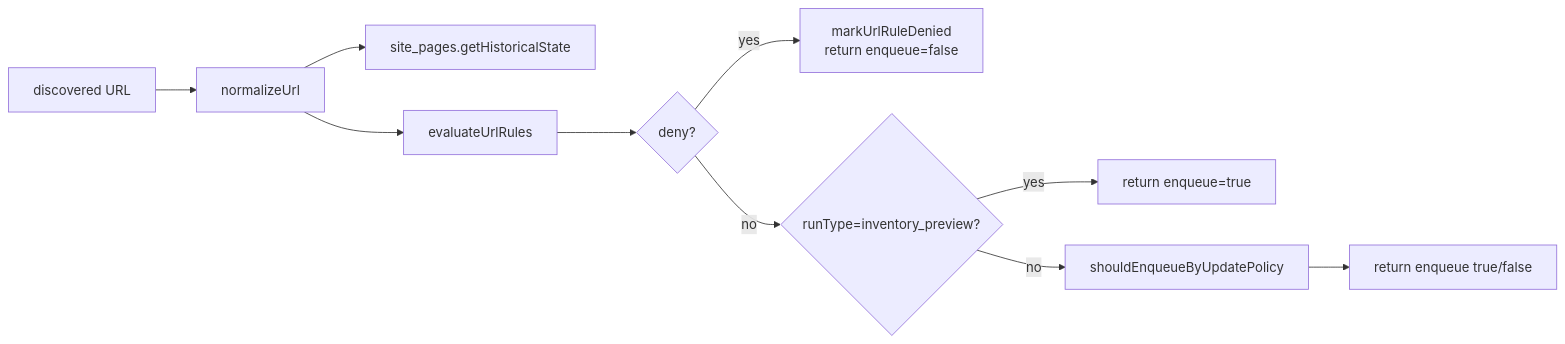
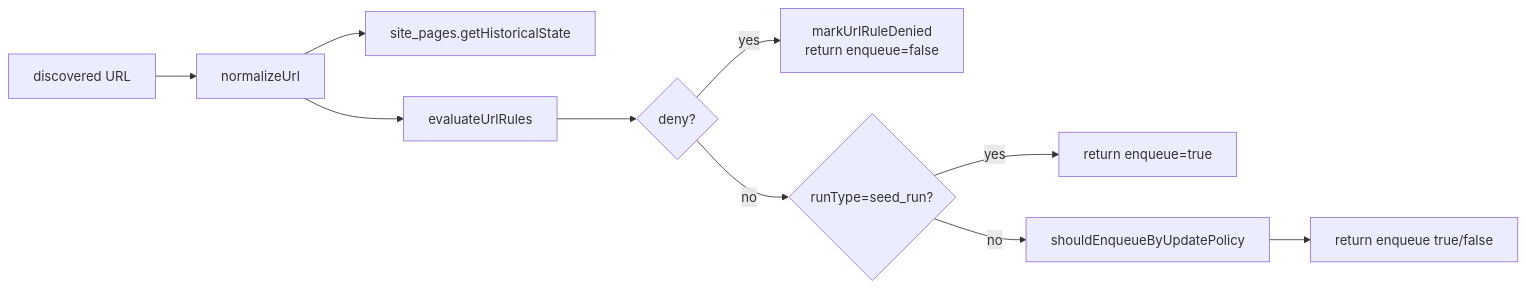
Before and after one commit to tianzhipeng-git/kvault-web-capture: the fifth of 7 diagrams in docs/m1-implements.md, drawn with Mermaid. The commit also changed other lines of this file and 23 other files, not shown here.

````diff
--- a/docs/m1-implements.md
+++ b/docs/m1-implements.md
@@ -241,12 +241,12 @@
 ```mermaid
 flowchart LR
     URL["discovered URL"] --> N["normalizeUrl"]
     N --> U["site_pages.getHistoricalState"]
     N --> R["evaluateUrlRules"]
     R --> D{"deny?"}
     D -- yes --> X["markUrlRuleDenied\nreturn enqueue=false"]
-    D -- no --> Y{"runType=inventory_preview?"}
+    D -- no --> Y{"runType=seed_run?"}
     Y -- yes --> Z["return enqueue=true"]
     Y -- no --> P["shouldEnqueueByUpdatePolicy"]
     P --> Q["return enqueue true/false"]
 ```
````
